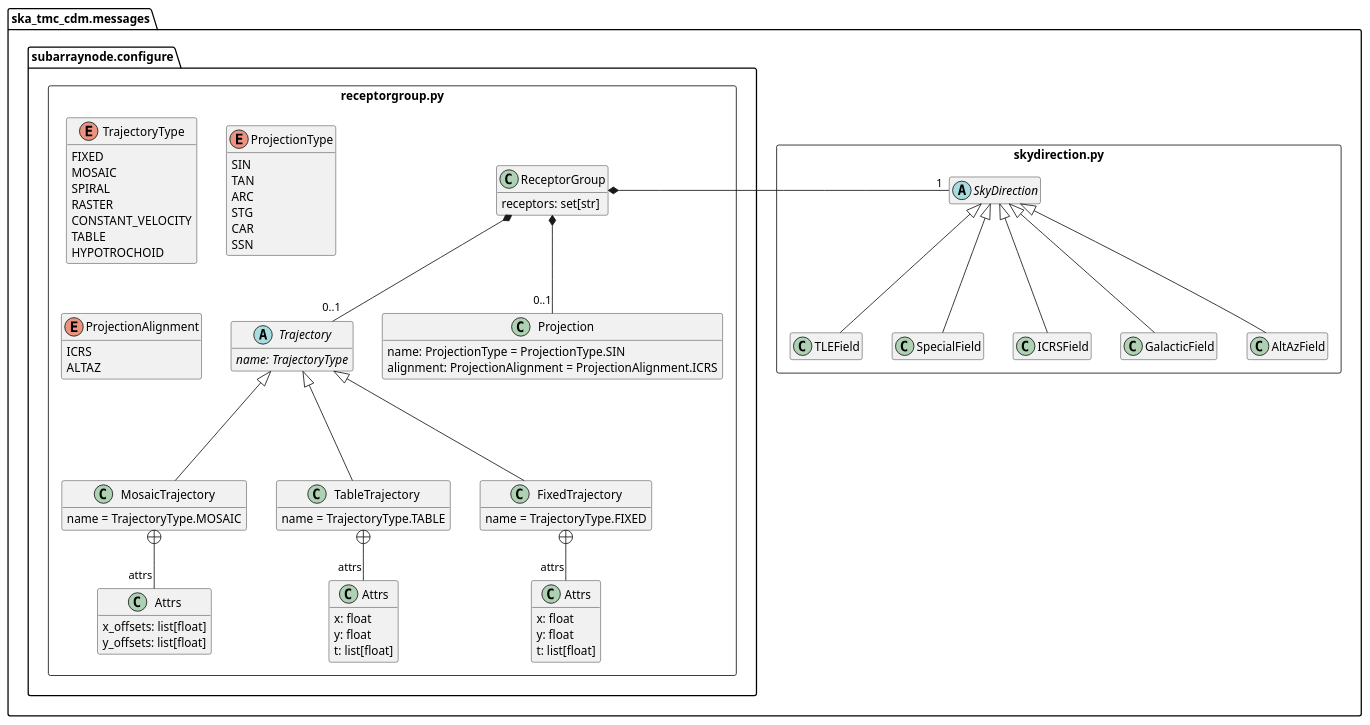
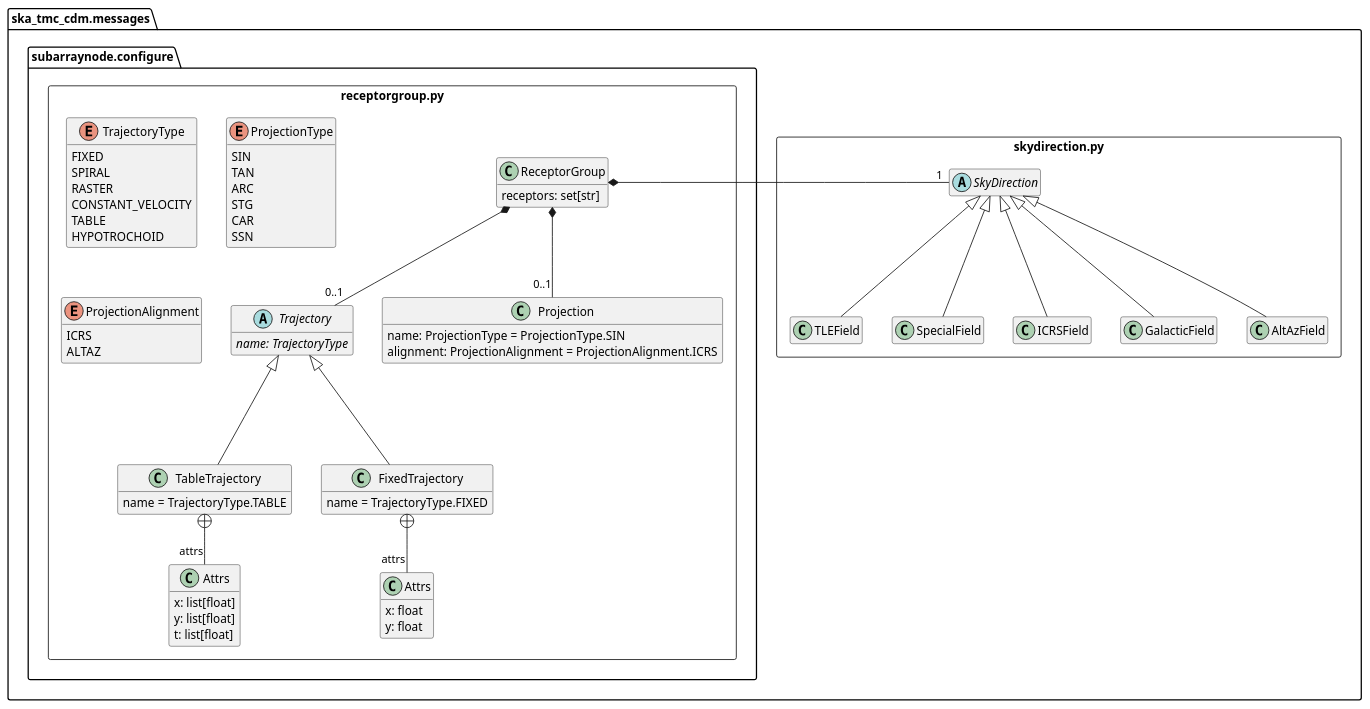
The diagram in docs/src/developer/subarraynode/receptorgroup.puml (ska-telescope/cdm-shared-library), drawn with PlantUML before and after one commit. The commit also changed 1 other file, not shown here.

```diff
--- a/docs/src/developer/subarraynode/receptorgroup.puml
+++ b/docs/src/developer/subarraynode/receptorgroup.puml
@@ -1,95 +1,84 @@
 @startuml
 hide empty members
 
 package "ska_tmc_cdm.messages" as base {
 
   package "skydirection.py" as skydirection <<Rectangle>> {
     abstract class SkyDirection {}
     SkyDirection <|-- TLEField
     SkyDirection <|-- SpecialField
     SkyDirection <|-- ICRSField
     SkyDirection <|-- GalacticField
     SkyDirection <|-- AltAzField
   }
 
   package "subarraynode.configure" as main {
 
     package "receptorgroup.py" as bar <<Rectangle>> {
 
       enum TrajectoryType {
         FIXED
-        MOSAIC
         SPIRAL
         RASTER
         CONSTANT_VELOCITY
         TABLE
         HYPOTROCHOID
       }
 
-      class MosaicTrajectory {
-        name = TrajectoryType.MOSAIC
-      }
-      class "Attrs" as MosaicAttrs {
-        x_offsets: list[float]
-        y_offsets: list[float]
-      }
-      MosaicTrajectory +-- "attrs" MosaicAttrs
 
       class TableTrajectory {
         name = TrajectoryType.TABLE
       }
       class "Attrs" as TableTrajectoryAttrs {
-        x: float
-        y: float
+        x: list[float]
+        y: list[float]
         t: list[float]
       }
       TableTrajectory +-- "attrs" TableTrajectoryAttrs
 
       class FixedTrajectory {
         name = TrajectoryType.FIXED
       }
       class "Attrs" as FixedTrajectoryAttrs {
         x: float
         y: float
-        t: list[float]
       }
       FixedTrajectory +-- "attrs" FixedTrajectoryAttrs
 
 
       abstract class Trajectory {
         {abstract} name: TrajectoryType
       }
-      Trajectory <|--- MosaicTrajectory
       Trajectory <|--- TableTrajectory
       Trajectory <|--- FixedTrajectory
 
       enum ProjectionType {
         SIN
         TAN
         ARC
         STG
         CAR
         SSN
       }
 
       enum ProjectionAlignment {
         ICRS
         ALTAZ
       }
 
       class Projection {
         name: ProjectionType = ProjectionType.SIN
         alignment: ProjectionAlignment = ProjectionAlignment.ICRS
       }
 
       class ReceptorGroup {
         receptors: set[str]
       }
       ReceptorGroup *-- "0..1" Trajectory
       ReceptorGroup *-- "0..1" Projection
       ReceptorGroup *- "1" SkyDirection
     }
   }
 }
 
 @enduml
```
